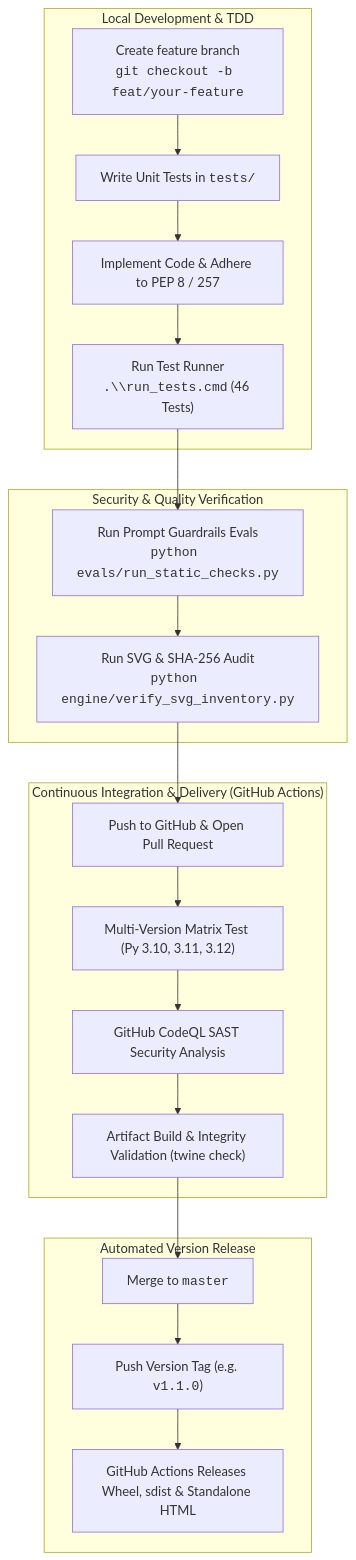
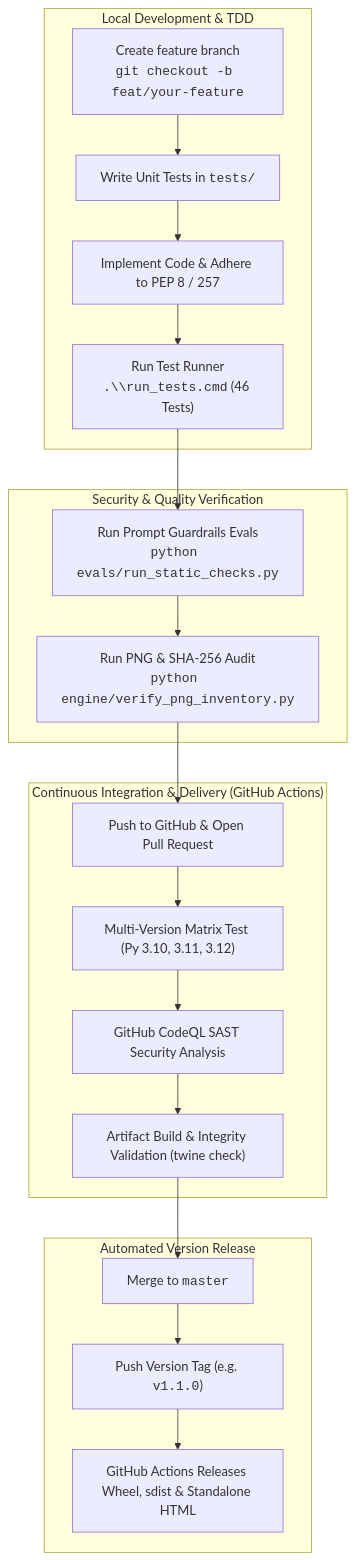
One commit to esquedev/coach-porygon-vgc changed the diagram in CONTRIBUTING.md. Above: the diagram before and after it, drawn with Mermaid. The commit also changed other lines of this file and 1735 other files, not shown here.

````diff
--- a/CONTRIBUTING.md
+++ b/CONTRIBUTING.md
@@ -13,26 +13,26 @@
 ```mermaid
 flowchart TD
     subgraph DEV ["Local Development & TDD"]
         A["Create feature branch<br/><code>git checkout -b feat/your-feature</code>"] --> B["Write Unit Tests in <code>tests/</code>"]
         B --> C["Implement Code & Adhere to PEP 8 / 257"]
         C --> D["Run Test Runner<br/><code>.\\run_tests.cmd</code> (46 Tests)"]
     end
 
     subgraph QA ["Security & Quality Verification"]
         D --> E["Run Prompt Guardrails Evals<br/><code>python evals/run_static_checks.py</code>"]
-        E --> F["Run SVG & SHA-256 Audit<br/><code>python engine/verify_svg_inventory.py</code>"]
+        E --> F["Run PNG & SHA-256 Audit<br/><code>python engine/verify_png_inventory.py</code>"]
     end
 
     subgraph CI_CD ["Continuous Integration & Delivery (GitHub Actions)"]
         F --> G["Push to GitHub & Open Pull Request"]
         G --> H["Multi-Version Matrix Test (Py 3.10, 3.11, 3.12)"]
         H --> I["GitHub CodeQL SAST Security Analysis"]
         I --> J["Artifact Build & Integrity Validation (twine check)"]
     end
 
     subgraph RELEASE ["Automated Version Release"]
         J --> K["Merge to <code>master</code>"]
         K --> L["Push Version Tag (e.g. <code>v1.1.0</code>)"]
         L --> M["GitHub Actions Releases Wheel, sdist & Standalone HTML"]
     end
 ```
````
